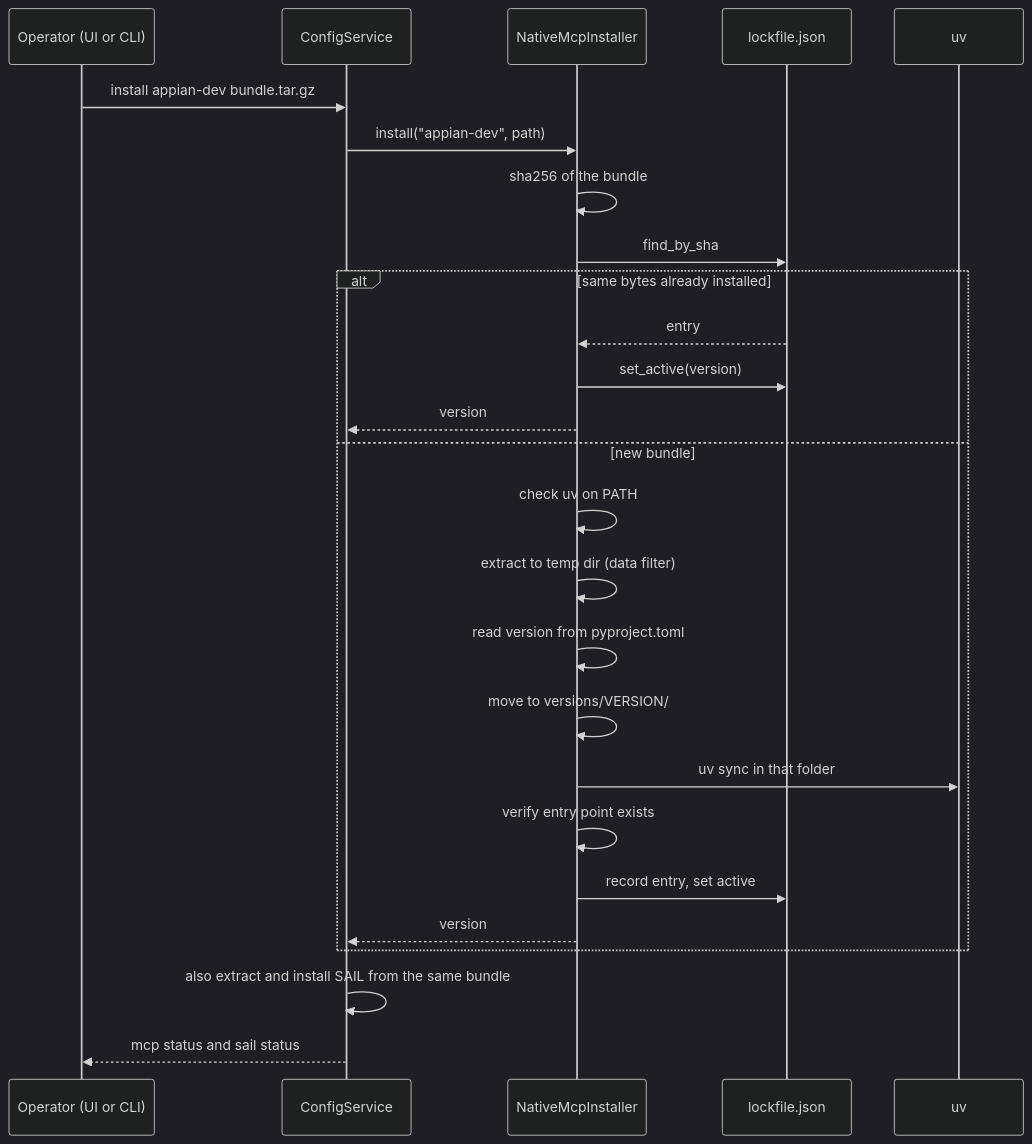
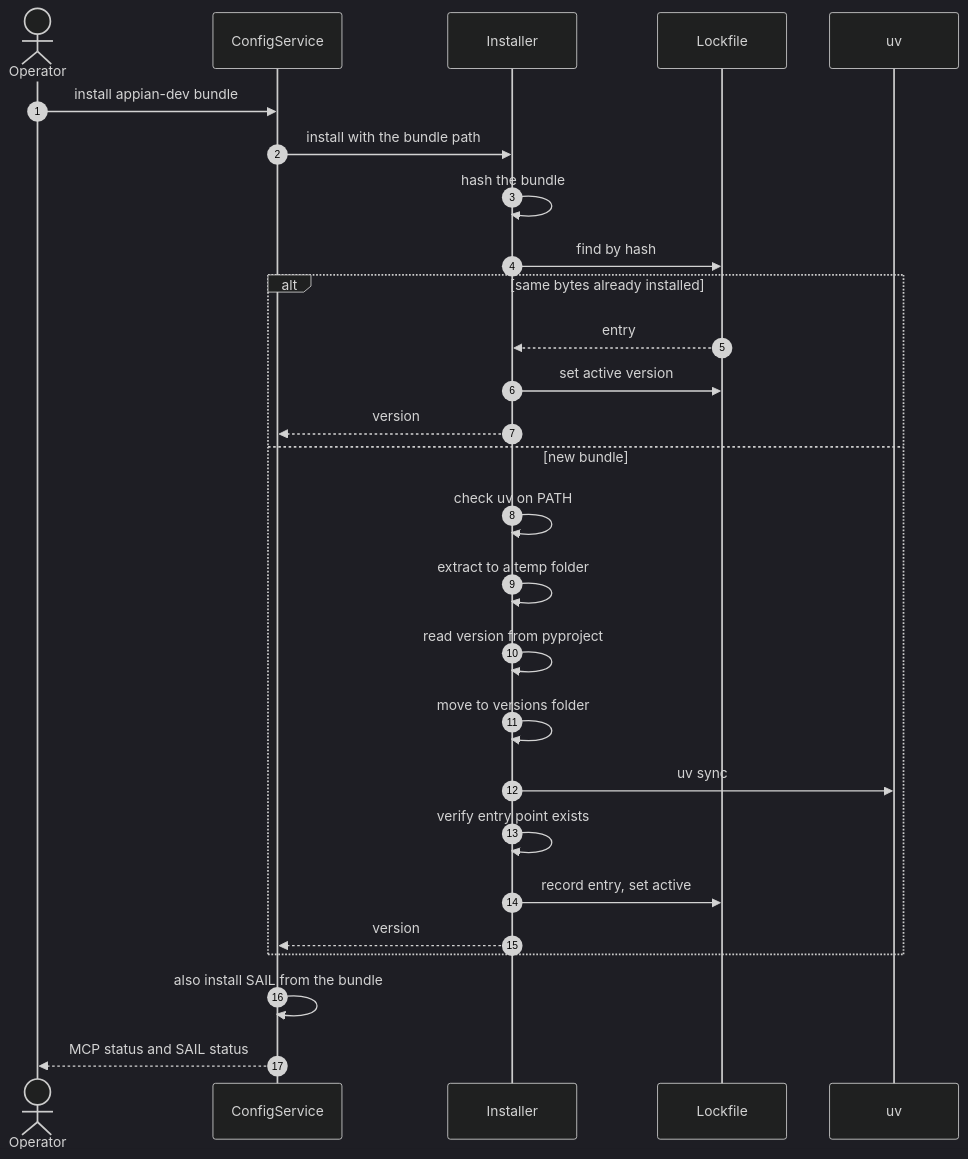
The fifth of 5 diagrams in genesis/architecture/modules/configuration-and-secrets.md (ram-020998/project-tracker), drawn with Mermaid (dark theme) before and after one commit. The commit also changed other lines of this file and 24 other files, not shown here.

First line of the commit message:
architecture: rewrite all 86 Mermaid diagrams to one C4 style, each render-checked

````diff
--- a/genesis/architecture/modules/configuration-and-secrets.md
+++ b/genesis/architecture/modules/configuration-and-secrets.md
@@ -344,28 +363,29 @@
 ```mermaid
 sequenceDiagram
-    participant U as Operator (UI or CLI)
+    autonumber
+    actor U as Operator
     participant C as ConfigService
-    participant M as NativeMcpInstaller
-    participant L as lockfile.json
+    participant M as Installer
+    participant L as Lockfile
     participant UV as uv
-    U->>C: install appian-dev bundle.tar.gz
-    C->>M: install("appian-dev", path)
-    M->>M: sha256 of the bundle
-    M->>L: find_by_sha
+    U->>C: install appian-dev bundle
+    C->>M: install with the bundle path
+    M->>M: hash the bundle
+    M->>L: find by hash
     alt same bytes already installed
         L-->>M: entry
-        M->>L: set_active(version)
+        M->>L: set active version
         M-->>C: version
     else new bundle
         M->>M: check uv on PATH
-        M->>M: extract to temp dir (data filter)
-        M->>M: read version from pyproject.toml
-        M->>M: move to versions/VERSION/
-        M->>UV: uv sync in that folder
+        M->>M: extract to a temp folder
+        M->>M: read version from pyproject
+        M->>M: move to versions folder
+        M->>UV: uv sync
         M->>M: verify entry point exists
         M->>L: record entry, set active
         M-->>C: version
     end
-    C->>C: also extract and install SAIL from the same bundle
-    C-->>U: mcp status and sail status
+    C->>C: also install SAIL from the bundle
+    C-->>U: MCP status and SAIL status
 ```
````
